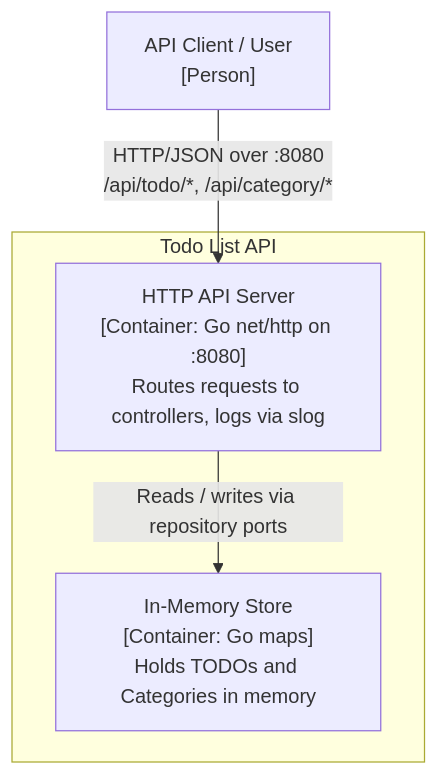
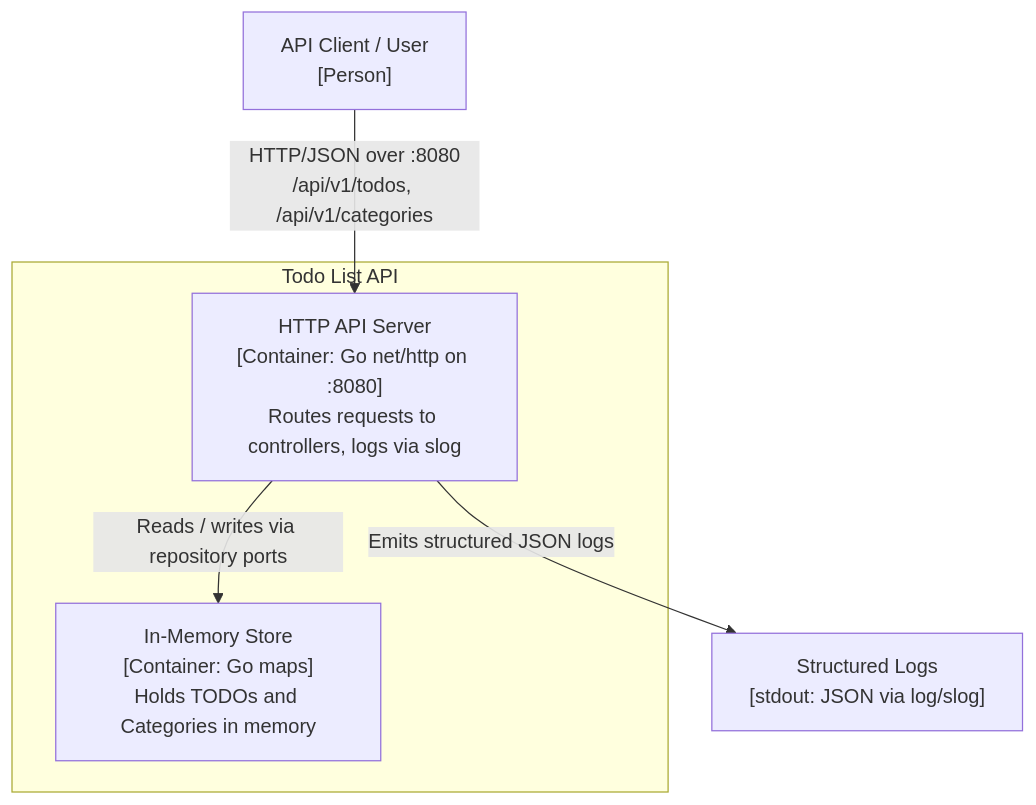
The second of 3 diagrams in README.md (rahulkrishnanfs/todolist), drawn with Mermaid before and after one commit. The commit also changed other lines of this file and 9 other files, not shown here.

````diff
--- a/README.md
+++ b/README.md
@@ -117,12 +127,15 @@
 ```mermaid
 flowchart TD
     user["API Client / User<br/>[Person]"]
 
     subgraph todoApp [Todo List API]
         api["HTTP API Server<br/>[Container: Go net/http on :8080]<br/>Routes requests to controllers, logs via slog"]
         store["In-Memory Store<br/>[Container: Go maps]<br/>Holds TODOs and Categories in memory"]
     end
 
-    user -->|"HTTP/JSON over :8080<br/>/api/todo/*, /api/category/*"| api
+    logs["Structured Logs<br/>[stdout: JSON via log/slog]"]
+
+    user -->|"HTTP/JSON over :8080<br/>/api/v1/todos, /api/v1/categories"| api
     api -->|"Reads / writes via repository ports"| store
+    api -->|"Emits structured JSON logs"| logs
 ```
````
